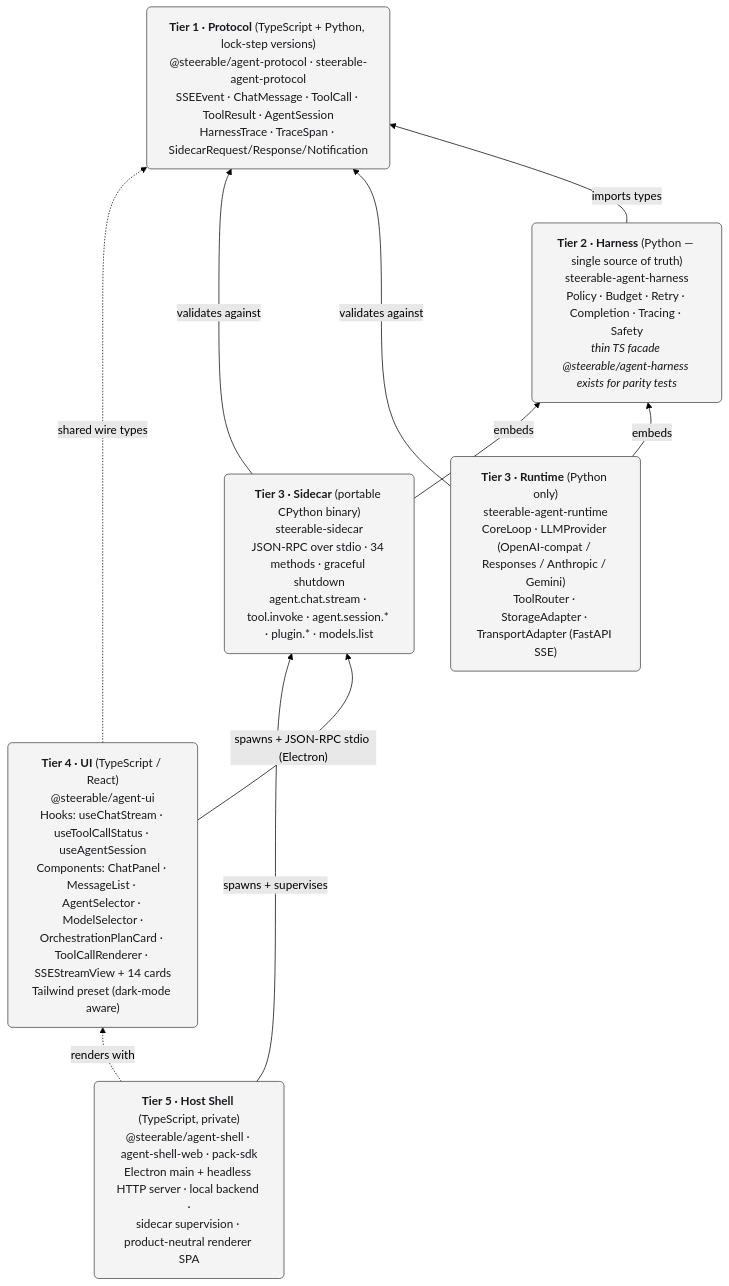
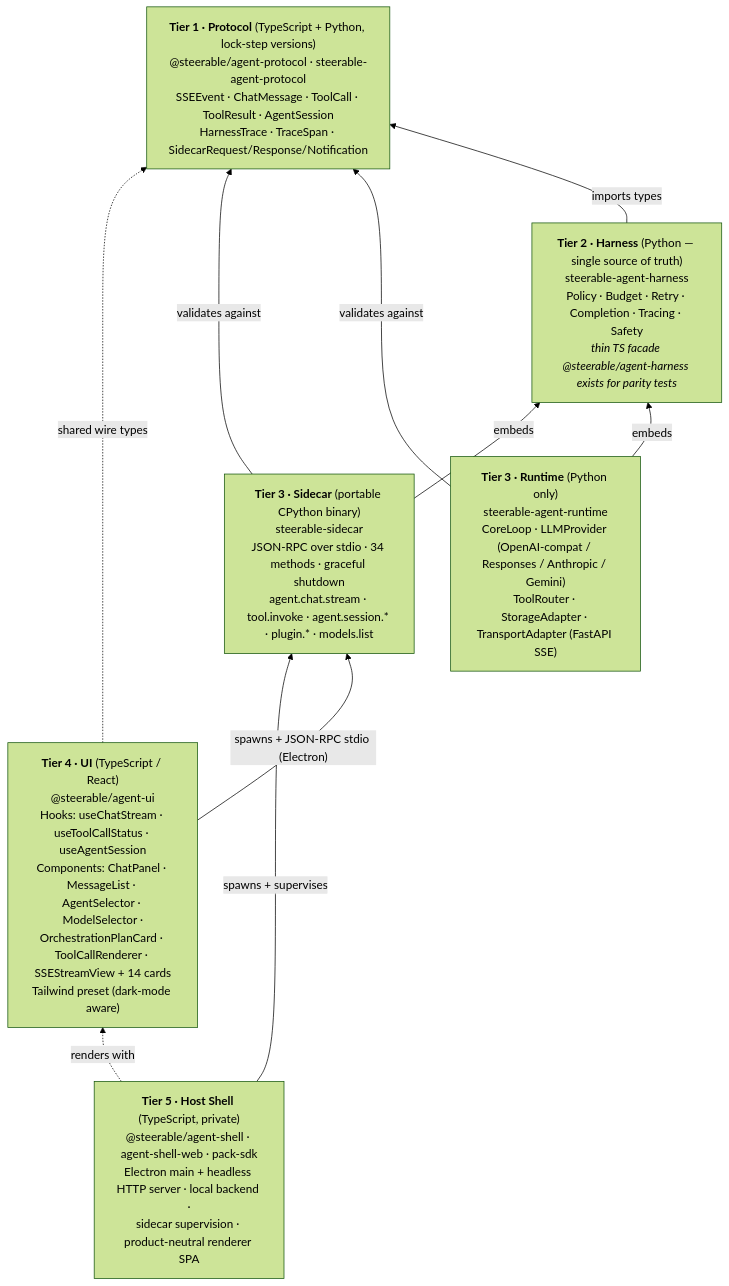
Before and after one commit to pathlyapp/opensteerable: the diagram in docs/index.md, drawn with Mermaid (forest theme). The commit also changed other lines of this file and 1 other file, not shown here.

````diff
--- a/docs/index.md
+++ b/docs/index.md
@@ -333,27 +409,24 @@
 ```mermaid
 graph BT
   T5["<b>Tier 5 · Host Shell</b> (TypeScript, private)<br/>@steerable/agent-shell · agent-shell-web · pack-sdk<br/>Electron main + headless HTTP server · local backend ·<br/>sidecar supervision · product-neutral renderer SPA"]
 
   T4["<b>Tier 4 · UI</b> (TypeScript / React)<br/>@steerable/agent-ui<br/>Hooks: useChatStream · useToolCallStatus · useAgentSession<br/>Components: ChatPanel · MessageList · AgentSelector · ModelSelector ·<br/>OrchestrationPlanCard · ToolCallRenderer · SSEStreamView + 14 cards<br/>Tailwind preset (dark-mode aware)"]
 
   T3S["<b>Tier 3 · Sidecar</b> (portable CPython binary)<br/>steerable-sidecar<br/>JSON-RPC over stdio · 34 methods · graceful shutdown<br/>agent.chat.stream · tool.invoke · agent.session.* · plugin.* · models.list"]
 
   T3R["<b>Tier 3 · Runtime</b> (Python only)<br/>steerable-agent-runtime<br/>CoreLoop · LLMProvider (OpenAI-compat / Responses / Anthropic / Gemini)<br/>ToolRouter · StorageAdapter · TransportAdapter (FastAPI SSE)"]
 
   T2["<b>Tier 2 · Harness</b> (Python — single source of truth)<br/>steerable-agent-harness<br/>Policy · Budget · Retry · Completion · Tracing · Safety<br/><i>thin TS facade @steerable/agent-harness exists for parity tests</i>"]
 
   T1["<b>Tier 1 · Protocol</b> (TypeScript + Python, lock-step versions)<br/>@steerable/agent-protocol · steerable-agent-protocol<br/>SSEEvent · ChatMessage · ToolCall · ToolResult · AgentSession<br/>HarnessTrace · TraceSpan · SidecarRequest/Response/Notification"]
 
   T5 -->|"spawns + supervises"| T3S
   T5 -.->|"renders with"| T4
   T4 -.->|"shared wire types"| T1
   T4 -->|"spawns + JSON-RPC stdio (Electron)"| T3S
   T3S -->|"embeds"| T2
   T3S -->|"validates against"| T1
   T3R -->|"embeds"| T2
   T3R -->|"validates against"| T1
   T2 -->|"imports types"| T1
-
-  classDef tier fill:#f4f4f5,stroke:#3f3f46,color:#18181b,rx:6,ry:6,padding:12;
-  class T1,T2,T3R,T3S,T4,T5 tier;
 ```
````
